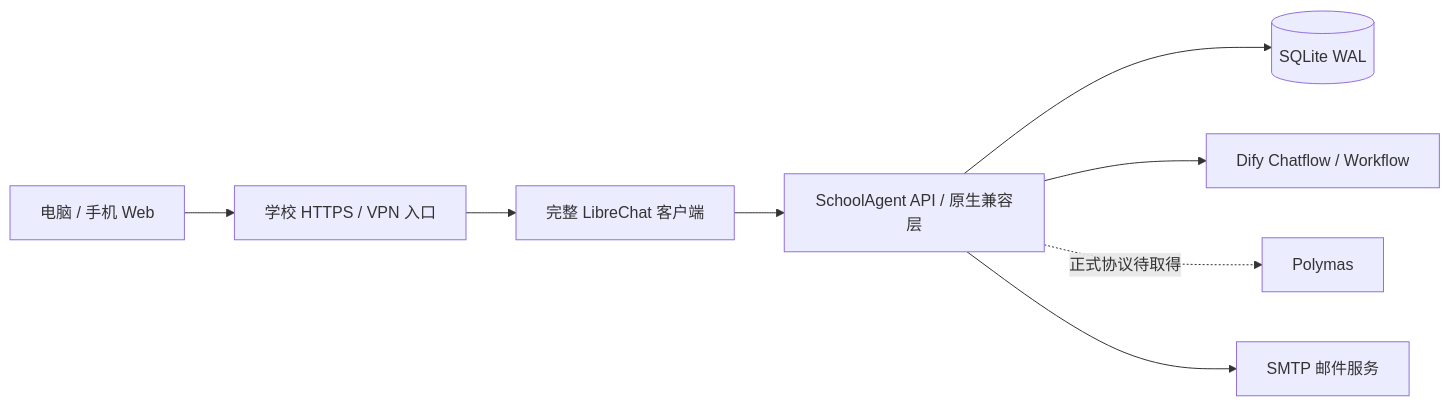
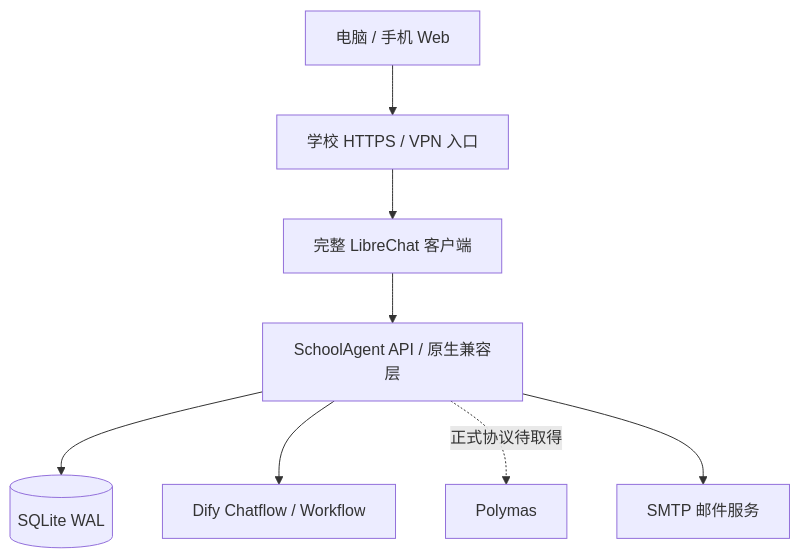
Before and after one commit to ScyPolit/SchoolAgent: the diagram in README.md, drawn with Mermaid. The commit also changed other lines of this file, not shown here.

Commit message:
docs: refine architecture layout and main branch status badge

````diff
--- a/README.md
+++ b/README.md
@@ -70,10 +70,10 @@
 ```mermaid
-flowchart LR
+flowchart TB
     User[电脑 / 手机 Web] --> Proxy[学校 HTTPS / VPN 入口]
     Proxy --> Client[完整 LibreChat 客户端]
     Client --> API[SchoolAgent API / 原生兼容层]
     API --> DB[(SQLite WAL)]
     API --> Dify[Dify Chatflow / Workflow]
     API -. 正式协议待取得 .-> Polymas[Polymas]
     API --> SMTP[SMTP 邮件服务]
 ```
````
